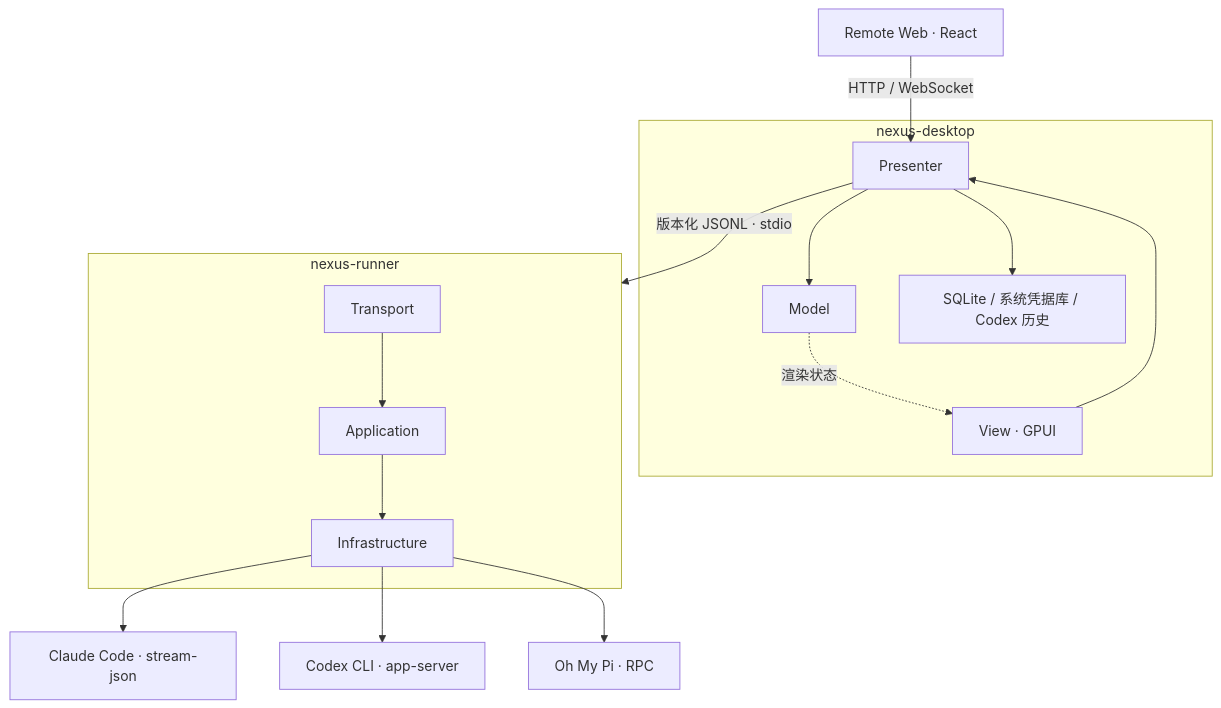
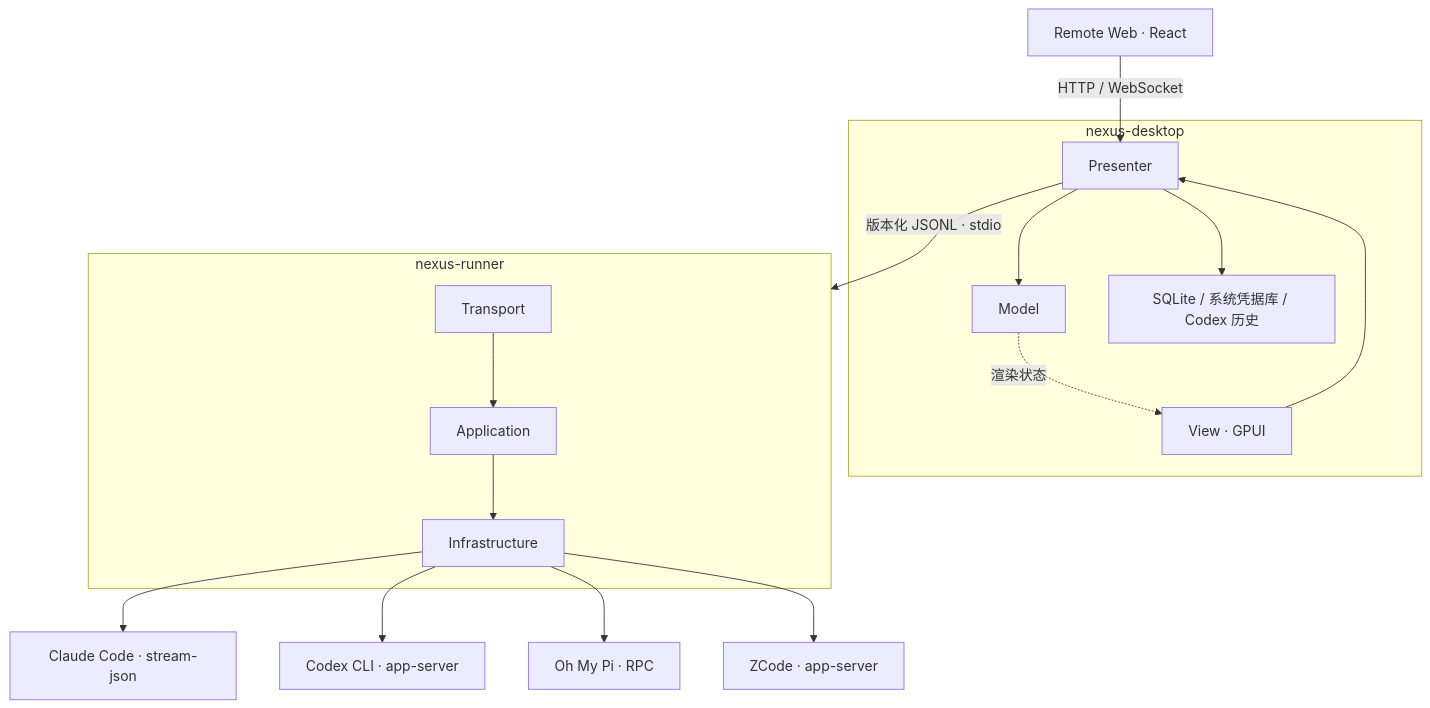
One commit to ji233-Sun/nexus-agent changed the diagram in docs/development.md. Above: the diagram before and after it, drawn with Mermaid. The commit also changed other lines of this file and 22 other files, not shown here.

````diff
--- a/docs/development.md
+++ b/docs/development.md
@@ -58,17 +58,18 @@
 ```mermaid
 flowchart TB
     Web[Remote Web · React] -->|HTTP / WebSocket| Presenter
     subgraph Desktop[nexus-desktop]
         View[View · GPUI] --> Presenter
         Presenter --> Model
         Model -. 渲染状态 .-> View
         Presenter --> Storage[SQLite / 系统凭据库 / Codex 历史]
     end
     Presenter -->|版本化 JSONL · stdio| Runner
     subgraph Runner[nexus-runner]
         Transport --> Application --> Infrastructure
     end
     Infrastructure --> Claude[Claude Code · stream-json]
     Infrastructure --> Codex[Codex CLI · app-server]
     Infrastructure --> OMP[Oh My Pi · RPC]
+    Infrastructure --> ZCode[ZCode · app-server]
 ```
````
